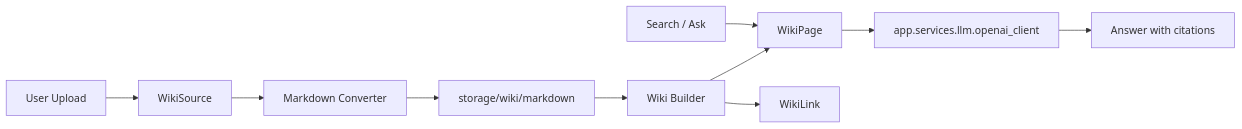
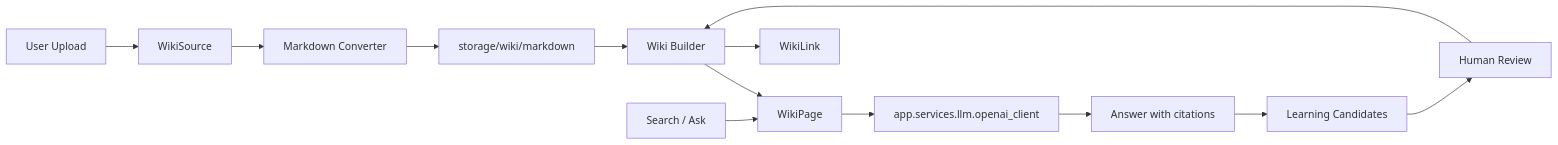
One commit to mouse0524/iandsec-uc changed the diagram in docs/superpowers/specs/2026-07-06-enterprise-llm-wiki-design.md. Above: the diagram before and after it, drawn with Mermaid. The commit also changed other lines of this file and 99 other files, not shown here.

````diff
--- a/docs/superpowers/specs/2026-07-06-enterprise-llm-wiki-design.md
+++ b/docs/superpowers/specs/2026-07-06-enterprise-llm-wiki-design.md
@@ -43,12 +46,15 @@
 ```mermaid
 flowchart LR
   Upload["User Upload"] --> Source["WikiSource"]
   Source --> Convert["Markdown Converter"]
   Convert --> Markdown["storage/wiki/markdown"]
   Markdown --> Builder["Wiki Builder"]
   Builder --> Pages["WikiPage"]
   Builder --> Links["WikiLink"]
   Search["Search / Ask"] --> Pages
+  Answer --> Learn["Learning Candidates"]
+  Learn --> Review["Human Review"]
+  Review --> Builder
   Pages --> LLM["app.services.llm.openai_client"]
   LLM --> Answer["Answer with citations"]
 ```
````
